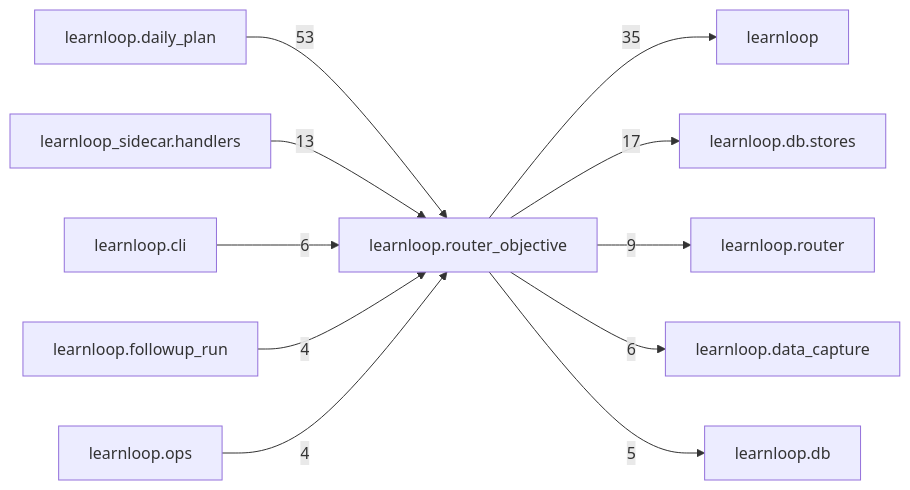
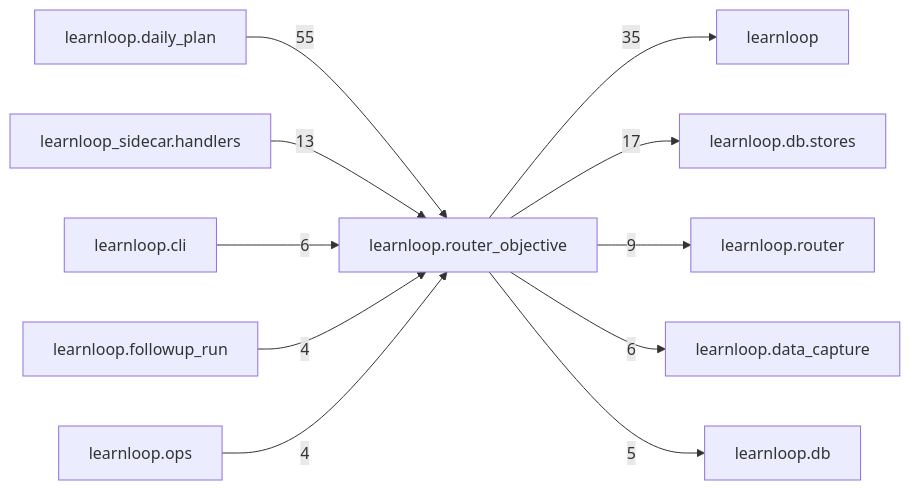
One commit to 6up-b/learnanything changed the diagram in docs/learnloop-architecture-vault/Reference/Modules/learnloop/router_objective/_package.md. Above: the diagram before and after it, drawn with Mermaid. The commit also changed other lines of this file and 69 other files, not shown here.

Commit message:
Vault: module references regenerated after the probe router's continuation (a note for daily_plan.probe_continuation)

````diff
--- a/docs/learnloop-architecture-vault/Reference/Modules/learnloop/router_objective/_package.md
+++ b/docs/learnloop-architecture-vault/Reference/Modules/learnloop/router_objective/_package.md
@@ -171,24 +171,24 @@
 ```mermaid
 flowchart LR
     center["learnloop.router_objective"]
     n_learnloop_daily_plan["learnloop.daily_plan"]
     n_learnloop["learnloop"]
     n_learnloop_db_stores["learnloop.db.stores"]
     n_learnloop_sidecar_handlers["learnloop_sidecar.handlers"]
     n_learnloop_router["learnloop.router"]
     n_learnloop_cli["learnloop.cli"]
     n_learnloop_data_capture["learnloop.data_capture"]
     n_learnloop_db["learnloop.db"]
     n_learnloop_followup_run["learnloop.followup_run"]
     n_learnloop_ops["learnloop.ops"]
-    n_learnloop_daily_plan -->|53| center
+    n_learnloop_daily_plan -->|55| center
     center -->|35| n_learnloop
     center -->|17| n_learnloop_db_stores
     n_learnloop_sidecar_handlers -->|13| center
     center -->|9| n_learnloop_router
     n_learnloop_cli -->|6| center
     center -->|6| n_learnloop_data_capture
     center -->|5| n_learnloop_db
     n_learnloop_followup_run -->|4| center
     n_learnloop_ops -->|4| center
 ```
````
